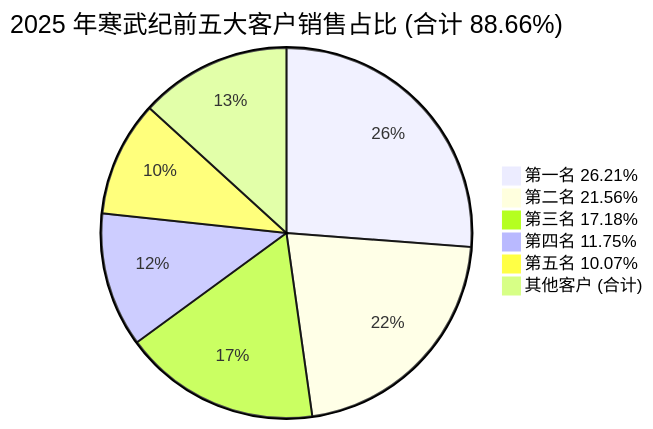
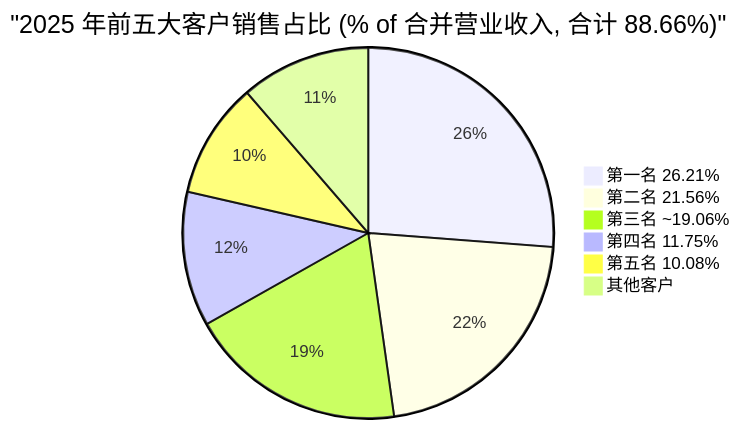
Before and after one commit to dadachundan/financial_agent: the third of 5 diagrams in reports/company/寒武纪_SSE688256/寒武纪_SSE688256_Research_Document_zh.md, drawn with Mermaid. The commit also changed other lines of this file and 8 other files, not shown here.

First line of the commit message:
feat(company-research): refresh Cambricon (SSE:688256) — decision layer + 卖方观点演变 + full SVG chart suite

````diff
--- a/reports/company/寒武纪_SSE688256/寒武纪_SSE688256_Research_Document_zh.md
+++ b/reports/company/寒武纪_SSE688256/寒武纪_SSE688256_Research_Document_zh.md
@@ -165,9 +582,9 @@
 ```mermaid
-pie title 2025 年寒武纪前五大客户销售占比 (合计 88.66%)
+pie title "2025 年前五大客户销售占比 (% of 合并营业收入, 合计 88.66%)"
     "第一名 26.21%" : 26.21
     "第二名 21.56%" : 21.56
-    "第三名 17.18%" : 17.18
+    "第三名 ~19.06%" : 19.06
     "第四名 11.75%" : 11.75
-    "第五名 10.07%" : 10.07
-    "其他客户 (合计)" : 13.23
+    "第五名 10.08%" : 10.08
+    "其他客户" : 11.34
 ```
````
